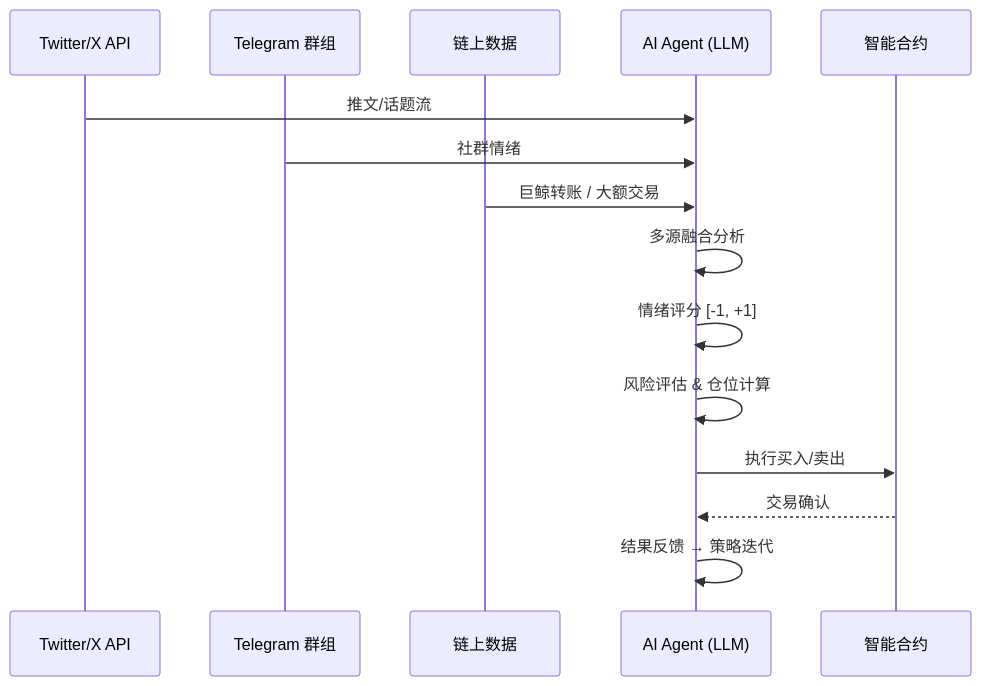
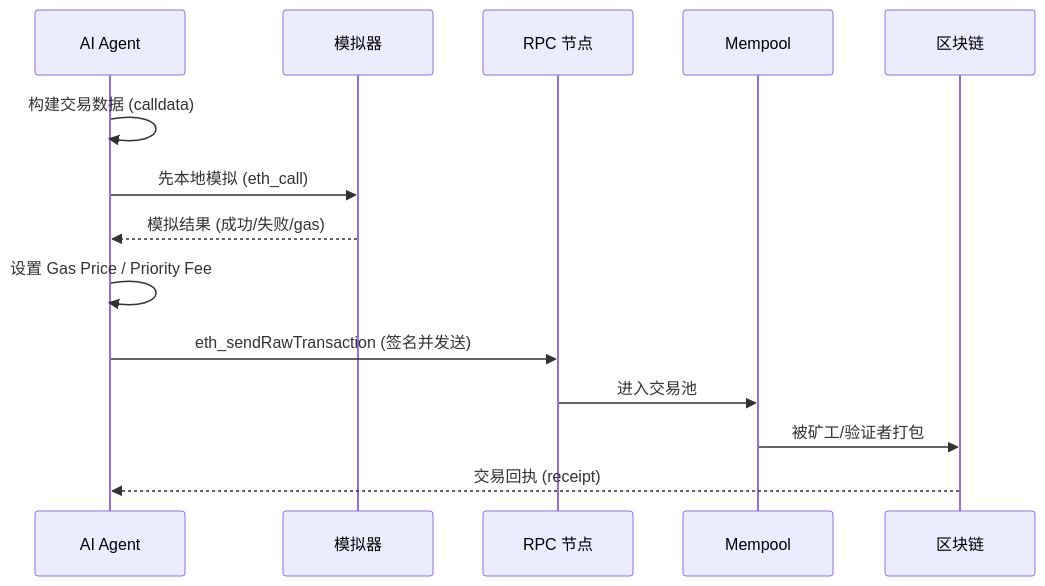
Before and after one commit to Silence-dream/ai-web3-school-cohort-0: the second of 12 diagrams in daily/2025-06-02.md, drawn with Mermaid. The commit also changed other lines of this file, not shown here.

Commit message:
feat: 链上 AI Agent 自动交易策略 — 深度学习笔记 (完整版)

````diff
--- a/daily/2025-06-02.md
+++ b/daily/2025-06-02.md
@@ -81,18 +143,17 @@
 ```mermaid
 sequenceDiagram
-    participant TW as Twitter/X API
-    participant TG as Telegram 群组
-    participant ON as 链上数据
-    participant AI as AI Agent (LLM)
-    participant SC as 智能合约
+    participant Agent as AI Agent
+    participant Sim as 模拟器
+    participant Node as RPC 节点
+    participant Mempool as Mempool
+    participant Chain as 区块链
 
-    TW->>AI: 推文/话题流
-    TG->>AI: 社群情绪
-    ON->>AI: 巨鲸转账 / 大额交易
-    AI->>AI: 多源融合分析
-    AI->>AI: 情绪评分 [-1, +1]
-    AI->>AI: 风险评估 & 仓位计算
-    AI->>SC: 执行买入/卖出
-    SC-->>AI: 交易确认
-    AI->>AI: 结果反馈 → 策略迭代
+    Agent->>Agent: 构建交易数据 (calldata)
+    Agent->>Sim: 先本地模拟 (eth_call)
+    Sim-->>Agent: 模拟结果 (成功/失败/gas)
+    Agent->>Agent: 设置 Gas Price / Priority Fee
+    Agent->>Node: eth_sendRawTransaction (签名并发送)
+    Node->>Mempool: 进入交易池
+    Mempool->>Chain: 被矿工/验证者打包
+    Chain-->>Agent: 交易回执 (receipt)
 ```
````
